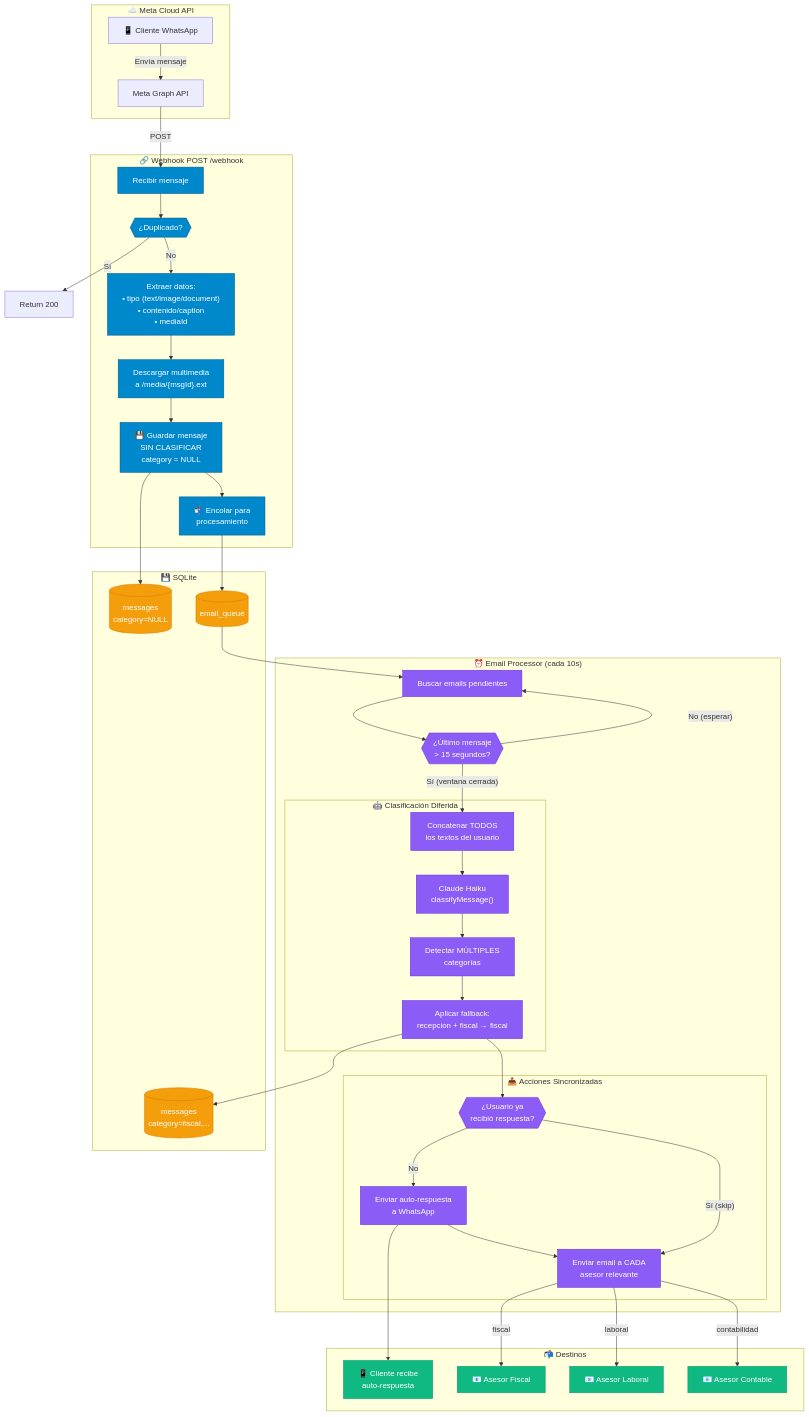
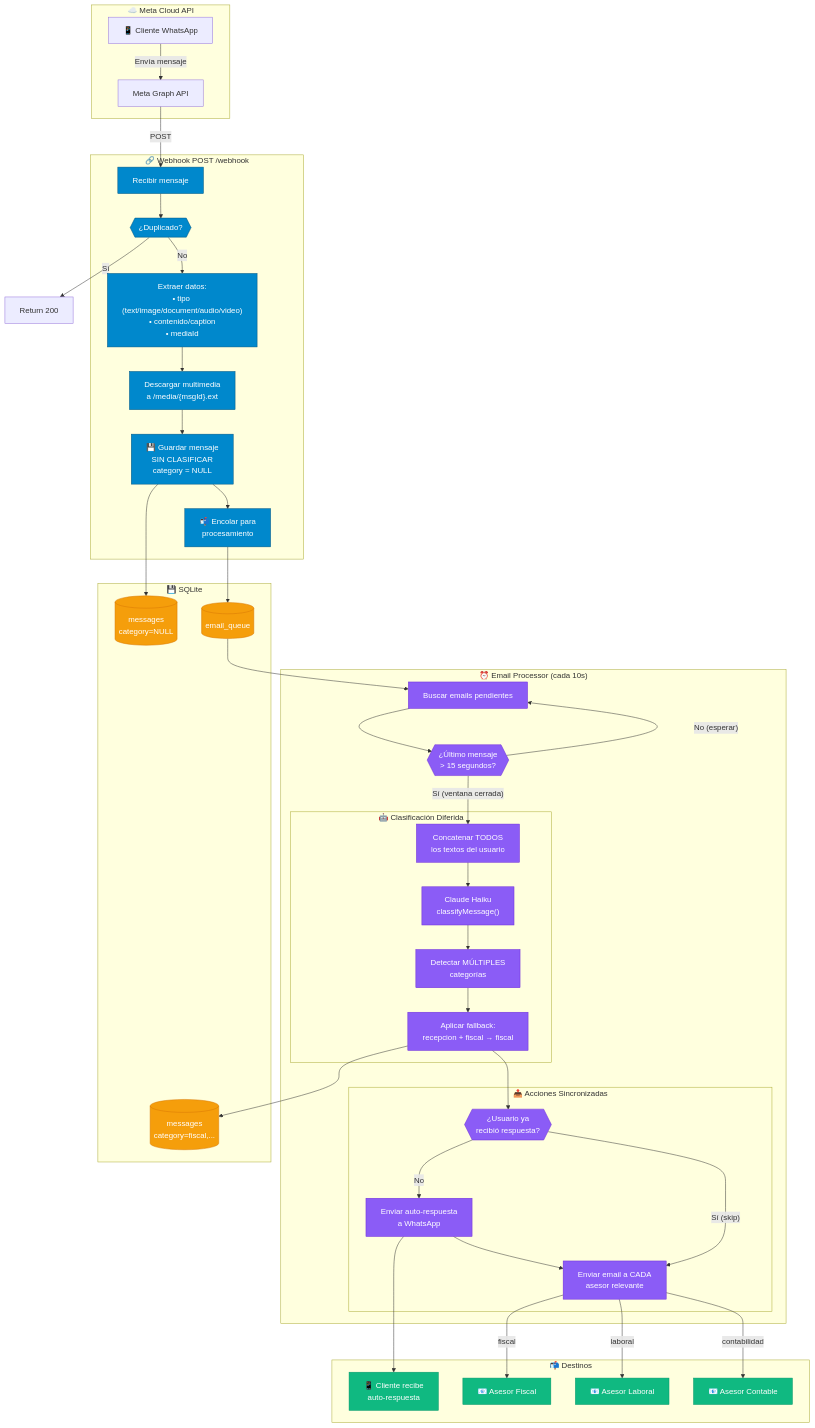
Before and after one commit to dmartorell/WhatsApp-manager-poc: the first of 9 diagrams in docs/message-flow-diagram.md, drawn with Mermaid. The commit also changed other lines of this file and 1 other file, not shown here.

First line of the commit message:
Docs: Actualizar plan y diagramas con audio/video

```diff
--- a/docs/message-flow-diagram.md
+++ b/docs/message-flow-diagram.md
@@ -14,7 +14,7 @@
     subgraph WEBHOOK["🔗 Webhook POST /webhook"]
         WH_POST["Recibir mensaje"]
         DEDUPE{{"¿Duplicado?"}}
-        PARSE["Extraer datos:<br/>• tipo (text/image/document)<br/>• contenido/caption<br/>• mediaId"]
+        PARSE["Extraer datos:<br/>• tipo (text/image/document/audio/video)<br/>• contenido/caption<br/>• mediaId"]
         DOWNLOAD["Descargar multimedia<br/>a /media/{msgId}.ext"]
         SAVE_RAW["💾 Guardar mensaje<br/>SIN CLASIFICAR<br/>category = NULL"]
         ENQUEUE["📬 Encolar para<br/>procesamiento"]
```
